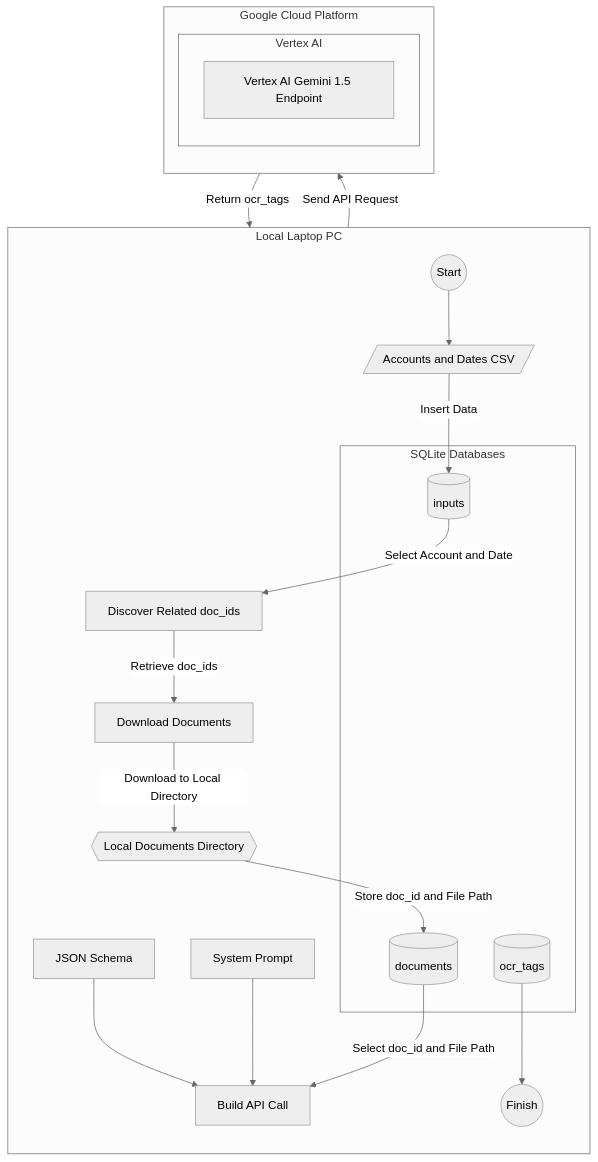
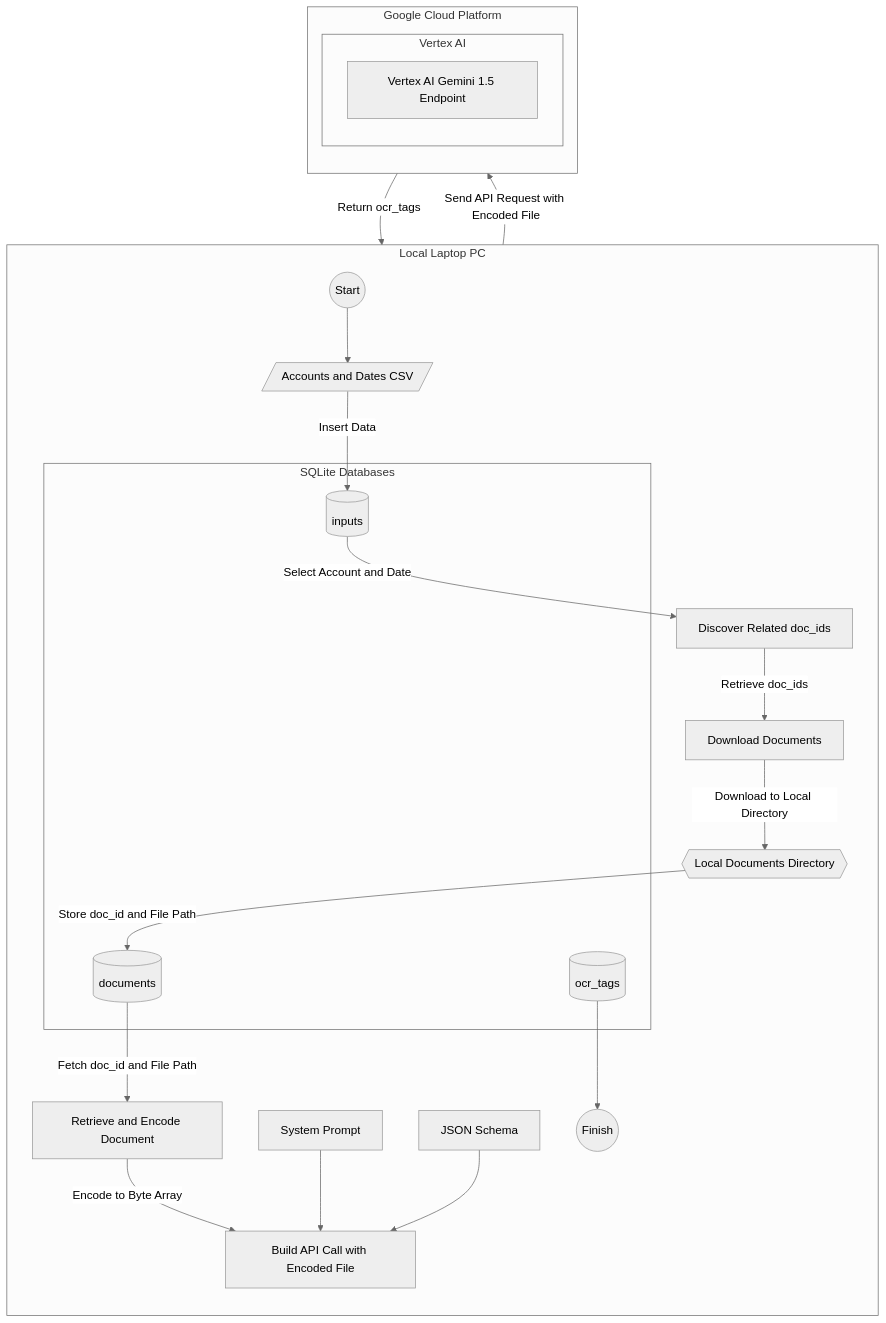
One commit to Alberto-Codes/pdf_analyst changed the third of 3 diagrams in docs/flow.md. Above: the diagram before and after it, drawn with Mermaid (neutral theme).

Commit message:
docs: Update flowchart to include document retrieval and encoding steps

````diff
--- a/docs/flow.md
+++ b/docs/flow.md
@@ -96,49 +96,52 @@
 ```mermaid
 flowchart TD
     %% Local Laptop PC Subgraph
     subgraph Local_Laptop_PC ["Local Laptop PC"]
         direction TB
 
         %% SQLite Databases Subgraph
         subgraph SQLite_Databases ["SQLite Databases"]
             B[(inputs)]
             D[(documents)]
             I[(ocr_tags)]
         end
 
         %% Processes and Data Inputs
         start((Start))
         A[/Accounts and Dates CSV/]
         C[Discover Related doc_ids]
         J[Download Documents]
         L{{Local Documents Directory}}
+        M[Retrieve and Encode Document]
         E[System Prompt]
         F[JSON Schema]
-        G[Build API Call]
+        G[Build API Call with Encoded File]
         finish((Finish))
     end
 
     %% Google Cloud Platform (GCP) Subgraph
     subgraph GCP ["Google Cloud Platform"]
         direction TB
 
         %% Vertex AI Subgraph
         subgraph VertexAI ["Vertex AI"]
             H[Vertex AI Gemini 1.5 Endpoint]
         end
     end
 
     %% Data Flow
     start --> A
     A --> |Insert Data| B
     B --> |Select Account and Date| C
     C --> |Retrieve doc_ids| J
     J --> |Download to Local Directory| L
     L --> |Store doc_id and File Path| D
-    D --> |Select doc_id and File Path| G
+    D --> |Fetch doc_id and File Path| M
+    M --> |Encode to Byte Array| G
     E --> G
     F --> G
-    G --> |Send API Request| H
+    G --> |Send API Request with Encoded File| H
     H --> |Return ocr_tags| I
     I --> finish
+
 ```
````
